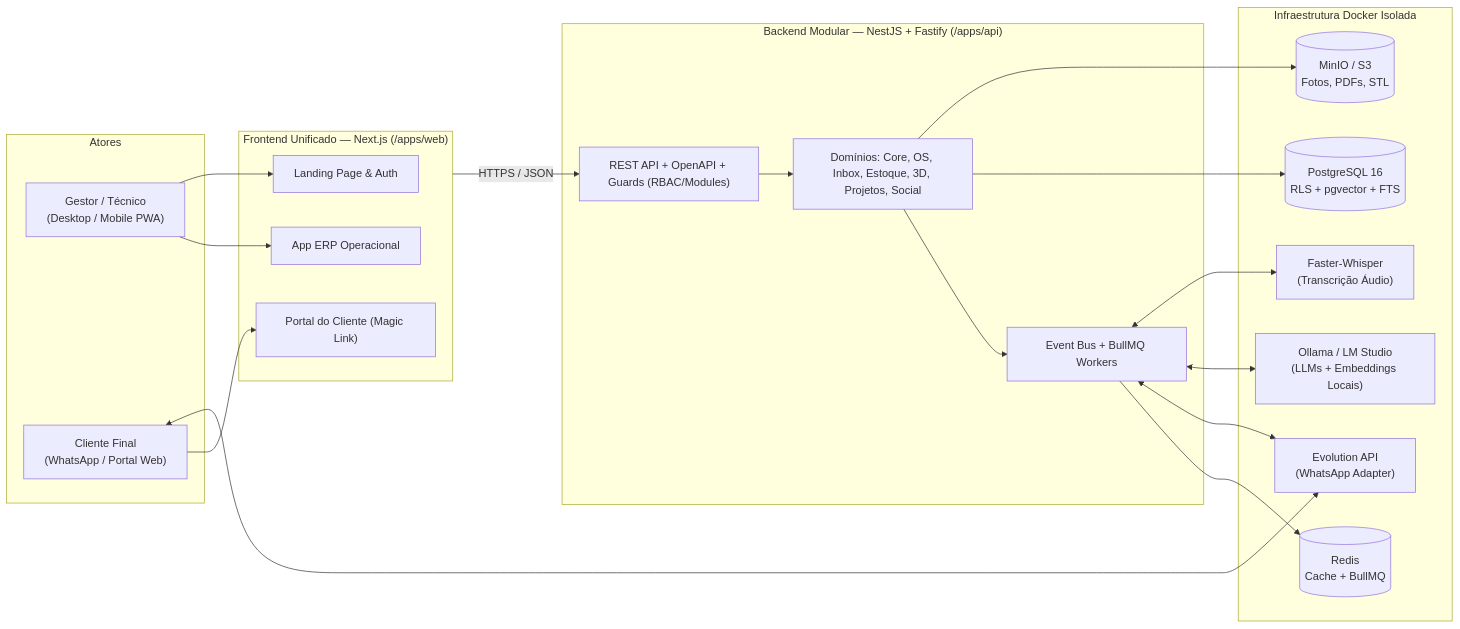
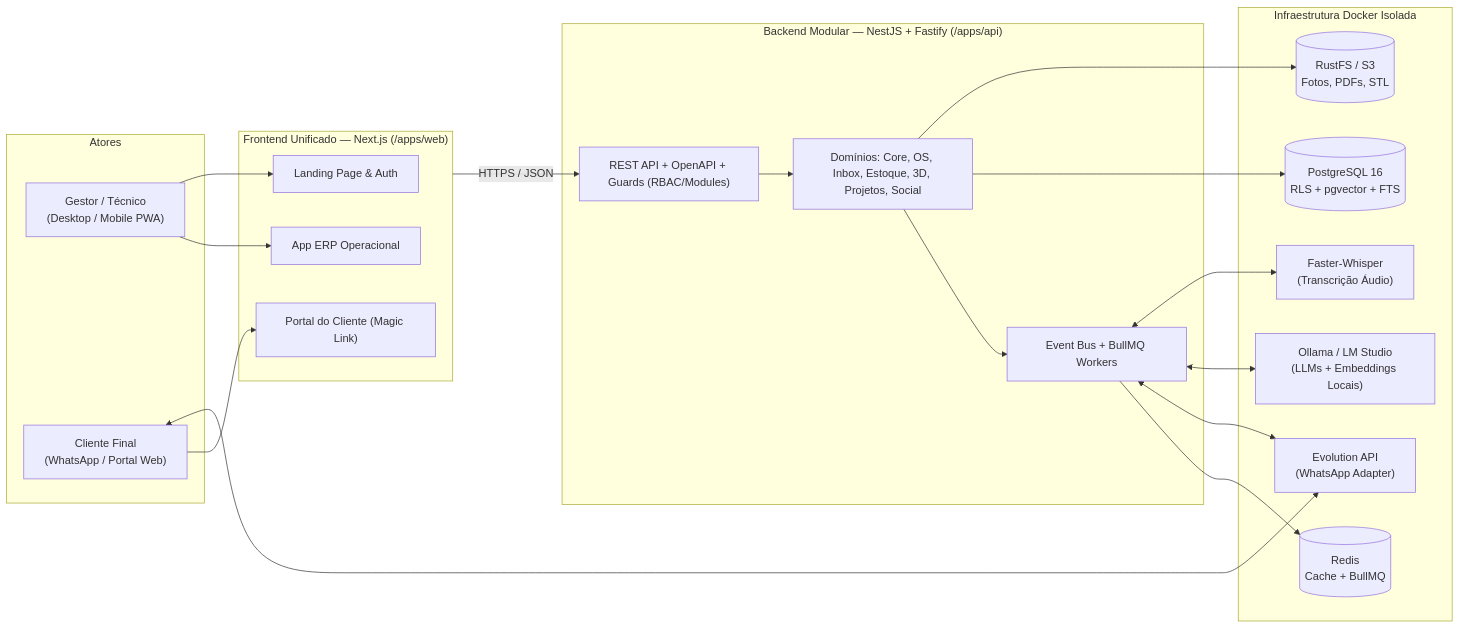
Before and after one commit to Adriano-Lengruber/Business_Tech: the diagram in docs/02-arquitetura-e-adrs.md, drawn with Mermaid. The commit also changed 60 other files, not shown here.

````diff
--- a/docs/02-arquitetura-e-adrs.md
+++ b/docs/02-arquitetura-e-adrs.md
@@ -12,43 +12,43 @@
 ```mermaid
 flowchart LR
     subgraph Users["Atores"]
         Op["Gestor / Técnico\n(Desktop / Mobile PWA)"]
         Cli["Cliente Final\n(WhatsApp / Portal Web)"]
     end
 
     subgraph WebLayer["Frontend Unificado — Next.js (/apps/web)"]
         LP["Landing Page & Auth"]
         ERP["App ERP Operacional"]
         Portal["Portal do Cliente (Magic Link)"]
     end
 
     subgraph ApiLayer["Backend Modular — NestJS + Fastify (/apps/api)"]
         REST["REST API + OpenAPI + Guards (RBAC/Modules)"]
         Bus["Event Bus + BullMQ Workers"]
         Mods["Domínios: Core, OS, Inbox, Estoque, 3D, Projetos, Social"]
     end
 
     subgraph Infra["Infraestrutura Docker Isolada"]
         PG[("PostgreSQL 16\nRLS + pgvector + FTS")]
         RD[("Redis\nCache + BullMQ")]
-        S3[("MinIO / S3\nFotos, PDFs, STL")]
+        S3[("RustFS / S3\nFotos, PDFs, STL")]
         WA["Evolution API\n(WhatsApp Adapter)"]
         Ollama["Ollama / LM Studio\n(LLMs + Embeddings Locais)"]
         Whisper["Faster-Whisper\n(Transcrição Áudio)"]
     end
 
     Op --> ERP
     Op --> LP
     Cli --> Portal
     Cli <--> WA
 
     WebLayer -->|HTTPS / JSON| REST
     REST --> Mods
     Mods --> Bus
     Bus --> RD
     Mods --> PG
     Mods --> S3
     Bus <--> WA
     Bus <--> Ollama
     Bus <--> Whisper
 ```
````
